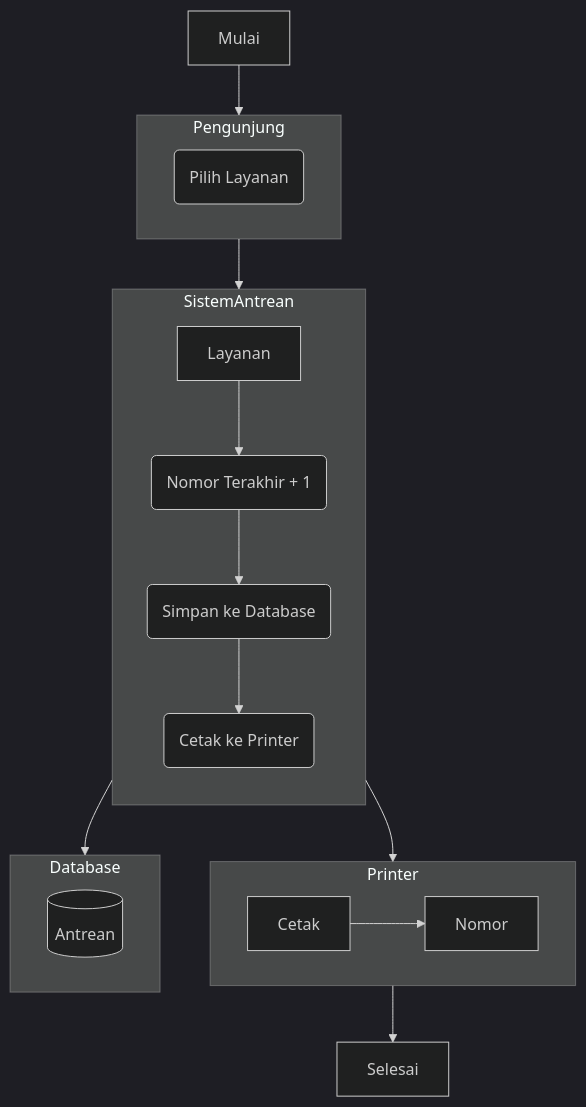
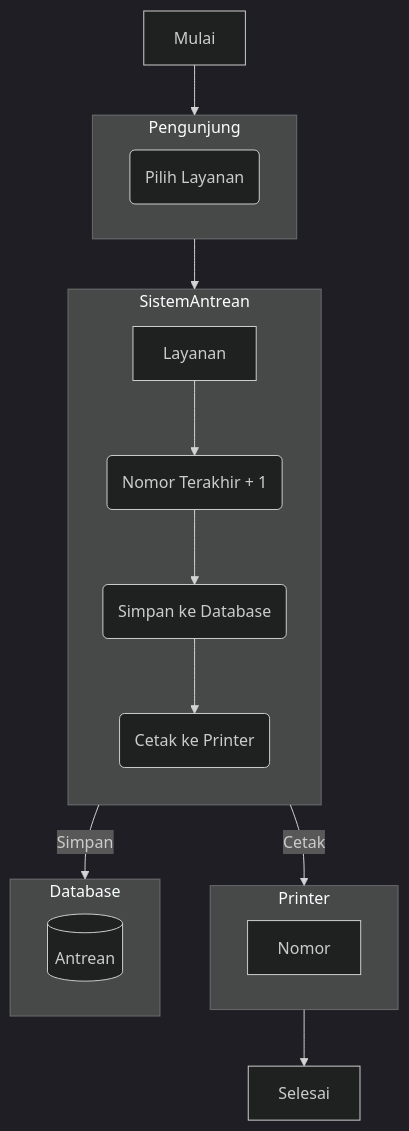
The diagram in flowchart_antrean_pengunjung.mmd (rezekikode/diagram), drawn with Mermaid (dark theme) before and after one commit.

```diff
--- a/flowchart_antrean_pengunjung.mmd
+++ b/flowchart_antrean_pengunjung.mmd
@@ -1,19 +1,19 @@
 flowchart TB  
   subgraph Pengunjung
     p1("Pilih Layanan")
   end  
   subgraph SistemAntrean
     direction TB
     Layanan-->s1("Nomor Terakhir + 1")-->s2("Simpan ke Database")-->s3("Cetak ke Printer")
   end
   subgraph Printer
-    Cetak-->Nomor
+    Nomor
   end
   subgraph Database
     db[(Antrean)]
   end
   Mulai-->Pengunjung
   Pengunjung-->SistemAntrean
-  SistemAntrean-->Database
-  SistemAntrean-->Printer
+  SistemAntrean--Simpan-->Database
+  SistemAntrean--Cetak-->Printer
   Printer-->Selesai
```
